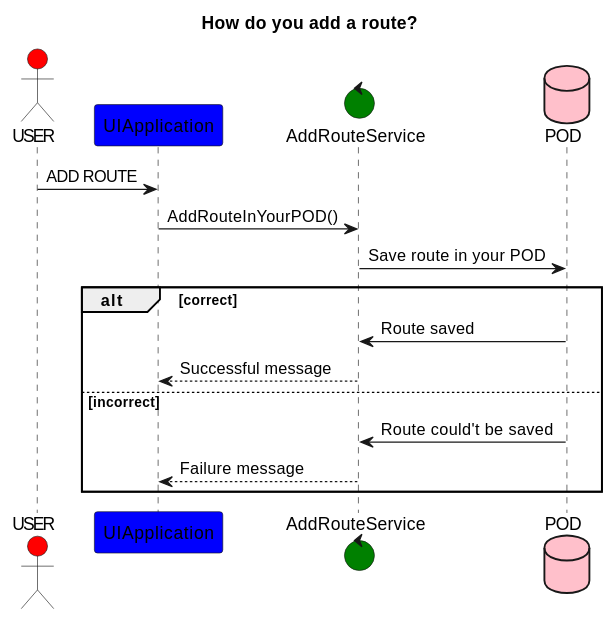
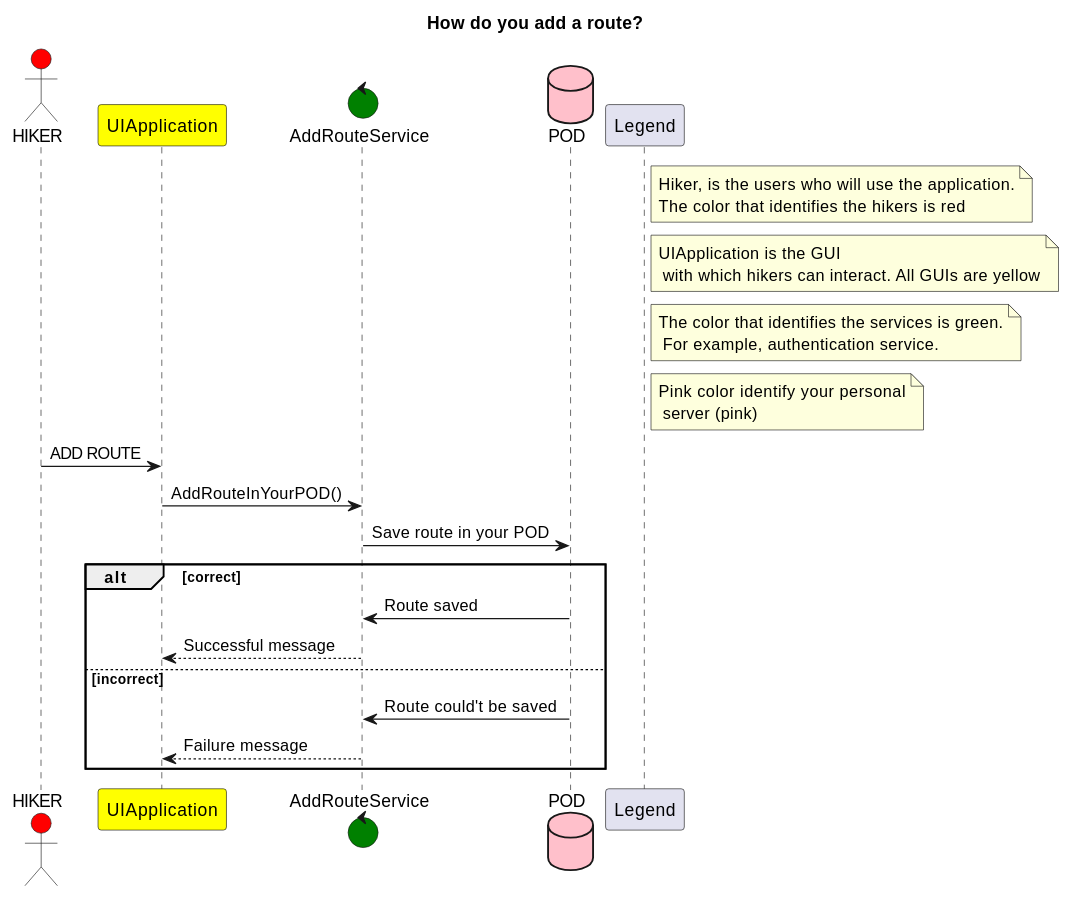
The second of 2 diagrams in src/docs/06_runtime_view.adoc (Arquisoft/viade_es1b), drawn with PlantUML before and after one commit. The commit also changed other lines of this file, not shown here.

Commit message:
Solucion a los diagramas de secuencia del Punto 6. Runtime view. Modificado colores y añadido una leyenda

```diff
--- a/src/docs/06_runtime_view.adoc
+++ b/src/docs/06_runtime_view.adoc
@@ -53,25 +61,31 @@
-[plantuml,"Sequence diagram",png]
+[plantuml,"Add route diagram",png]
 ----
 title How do you add a route?
 
 
 
-actor USER #red
-participant UIApplication #blue
+actor HIKER #red
+participant UIApplication #yellow
 control AddRouteService #green
 database POD #pink
+participant Legend
+
+note right of Legend: Hiker, is the users who will use the application.\nThe color that identifies the hikers is red
+note right of Legend:UIApplication is the GUI\n with which hikers can interact. All GUIs are yellow
+note right of Legend: The color that identifies the services is green.\n For example, authentication service.
+note right of Legend: Pink color identify your personal\n server (pink)
 
 
-USER -> UIApplication: ADD ROUTE
+HIKER -> UIApplication: ADD ROUTE
 UIApplication -> AddRouteService: AddRouteInYourPOD()
 AddRouteService -> POD: Save route in your POD
 
 alt correct
 	POD -> AddRouteService: Route saved
 	AddRouteService --> UIApplication: Successful message
 
 else incorrect
 	POD -> AddRouteService: Route could't be saved
 	AddRouteService --> UIApplication: Failure message
 	end
 ----
```
